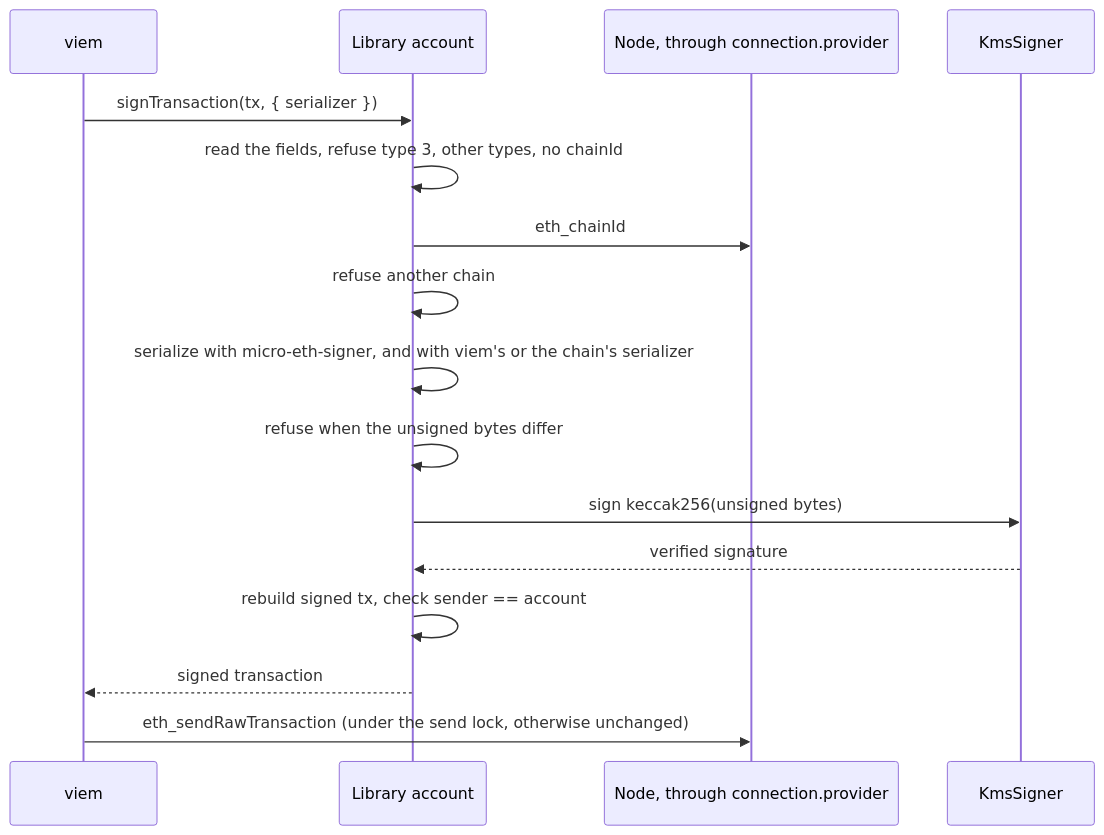
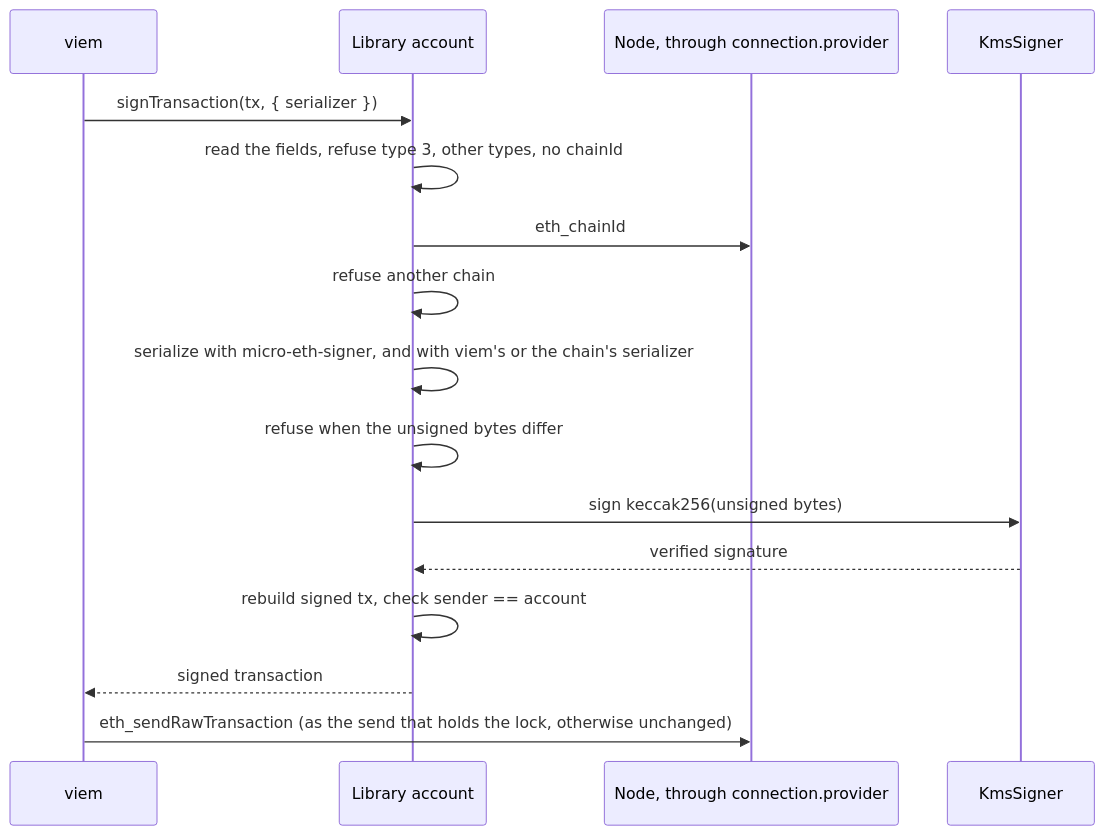
One commit to aelmanaa/hardhat-kms changed the fourth of 4 diagrams in docs/contributor/architecture.md. Above: the diagram before and after it, drawn with Mermaid. The commit also changed other lines of this file and 26 other files, not shown here.

````diff
--- a/docs/contributor/architecture.md
+++ b/docs/contributor/architecture.md
@@ -153,18 +153,18 @@
 ```mermaid
 sequenceDiagram
   participant V as viem
   participant A as Library account
   participant N as Node, through connection.provider
   participant S as KmsSigner
   V->>A: signTransaction(tx, { serializer })
   A->>A: read the fields, refuse type 3, other types, no chainId
   A->>N: eth_chainId
   A->>A: refuse another chain
   A->>A: serialize with micro-eth-signer, and with viem's or the chain's serializer
   A->>A: refuse when the unsigned bytes differ
   A->>S: sign keccak256(unsigned bytes)
   S-->>A: verified signature
   A->>A: rebuild signed tx, check sender == account
   A-->>V: signed transaction
-  V->>N: eth_sendRawTransaction (under the send lock, otherwise unchanged)
+  V->>N: eth_sendRawTransaction (as the send that holds the lock, otherwise unchanged)
 ```
````
